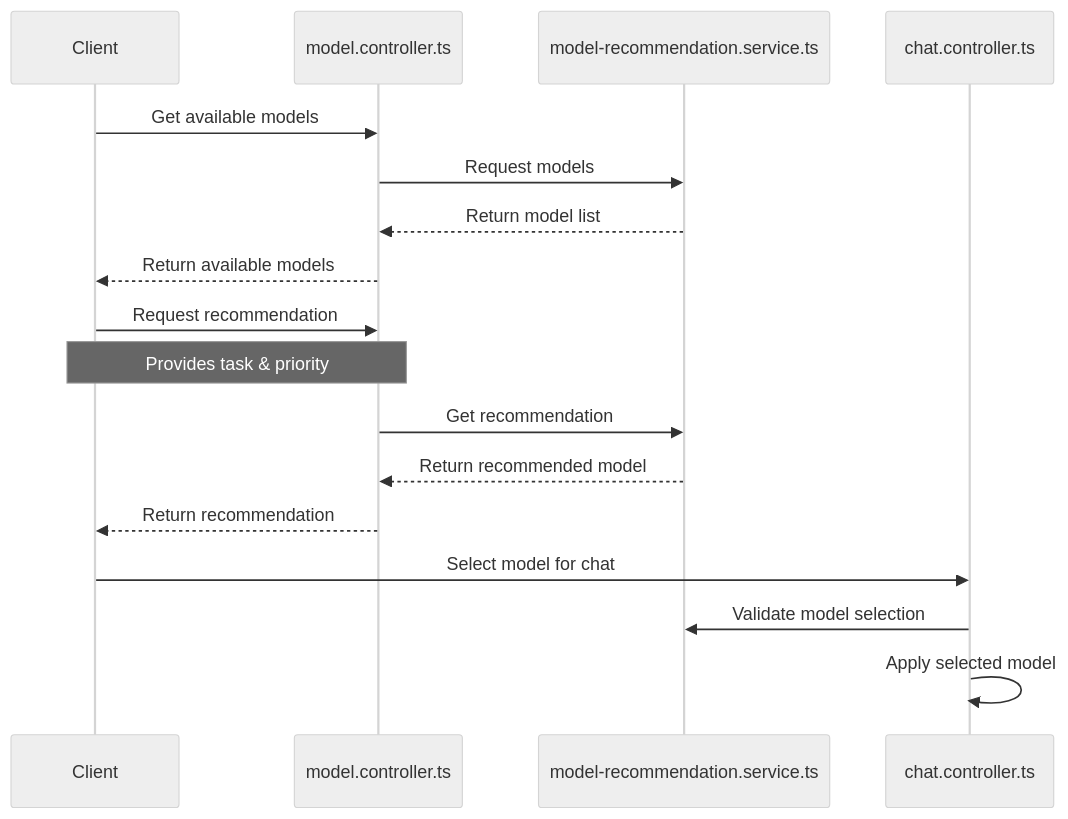
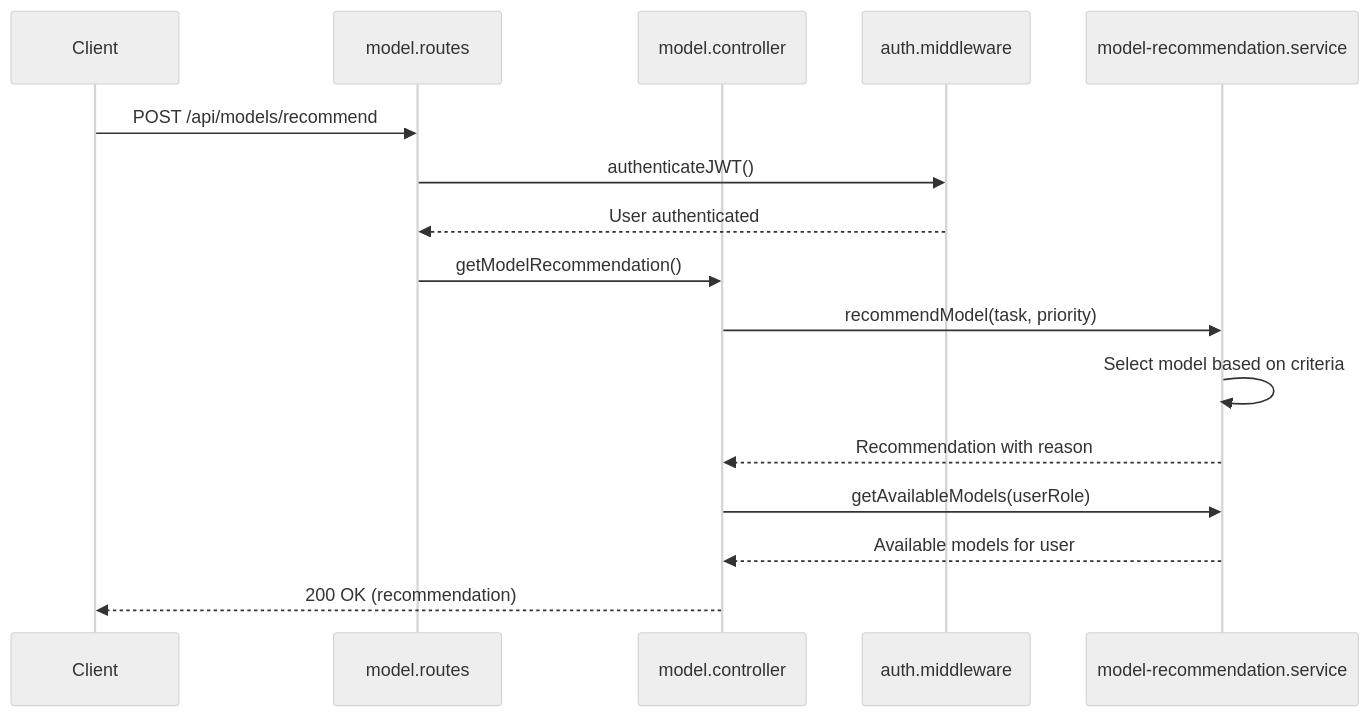
The fourth of 7 diagrams in services/chat-service/Doc/ChatServiceCodeMap.md (enoch-sit/tool-chatbot-boilerplate), drawn with Mermaid (neutral theme) before and after one commit. The commit also changed other lines of this file and 9 other files, not shown here.

````diff
--- a/services/chat-service/Doc/ChatServiceCodeMap.md
+++ b/services/chat-service/Doc/ChatServiceCodeMap.md
@@ -134,22 +184,22 @@
 ```mermaid
 sequenceDiagram
-    participant Client as Client
-    participant ModelController as model.controller.ts
-    participant RecommendationService as model-recommendation.service.ts
-    participant ChatController as chat.controller.ts
+    participant Client
+    participant Routes as model.routes
+    participant Controller as model.controller
+    participant Auth as auth.middleware
+    participant RecommendationService as model-recommendation.service
     
-    Client->>ModelController: Get available models
-    ModelController->>RecommendationService: Request models
-    RecommendationService-->>ModelController: Return model list
-    ModelController-->>Client: Return available models
+    Client->>Routes: POST /api/models/recommend
+    Routes->>Auth: authenticateJWT()
+    Auth-->>Routes: User authenticated
     
-    Client->>ModelController: Request recommendation
-    Note over Client,ModelController: Provides task & priority
-    ModelController->>RecommendationService: Get recommendation
-    RecommendationService-->>ModelController: Return recommended model
-    ModelController-->>Client: Return recommendation
+    Routes->>Controller: getModelRecommendation()
+    Controller->>RecommendationService: recommendModel(task, priority)
+    RecommendationService->>RecommendationService: Select model based on criteria
+    RecommendationService-->>Controller: Recommendation with reason
     
-    Client->>ChatController: Select model for chat
-    ChatController->>RecommendationService: Validate model selection
-    ChatController->>ChatController: Apply selected model
+    Controller->>RecommendationService: getAvailableModels(userRole)
+    RecommendationService-->>Controller: Available models for user
+    
+    Controller-->>Client: 200 OK (recommendation)
 ```
````
